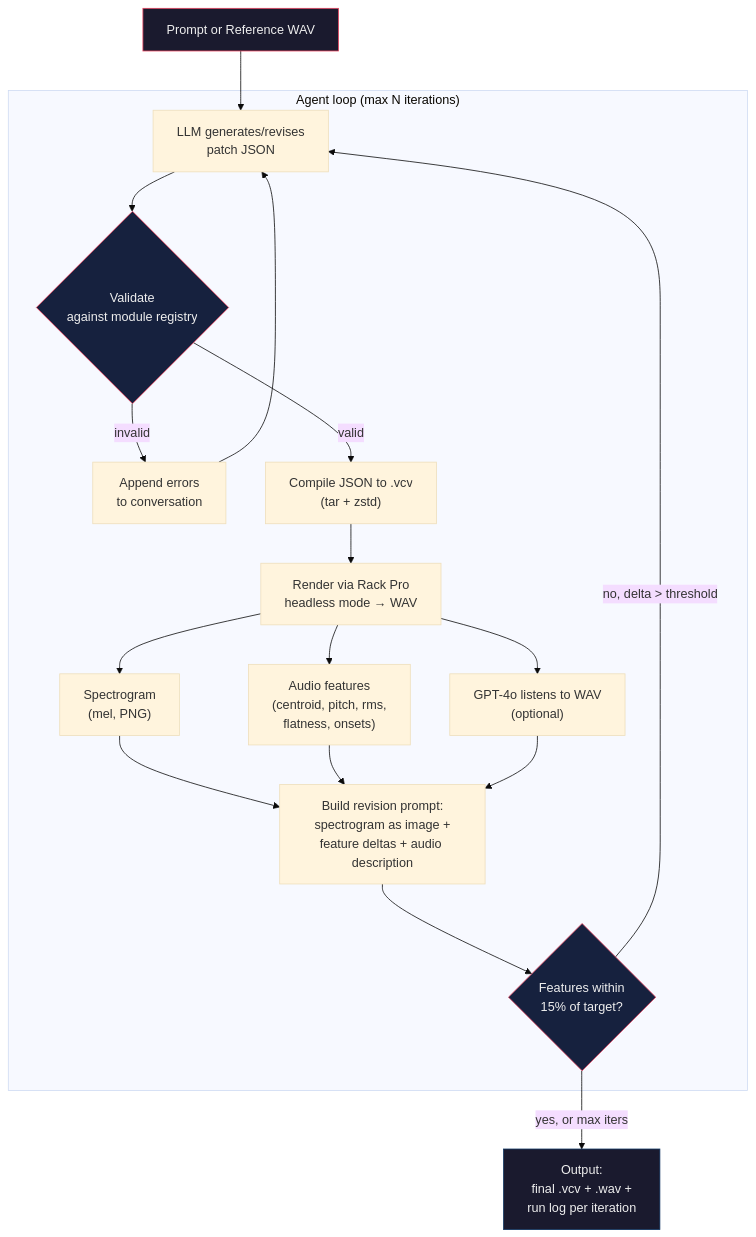
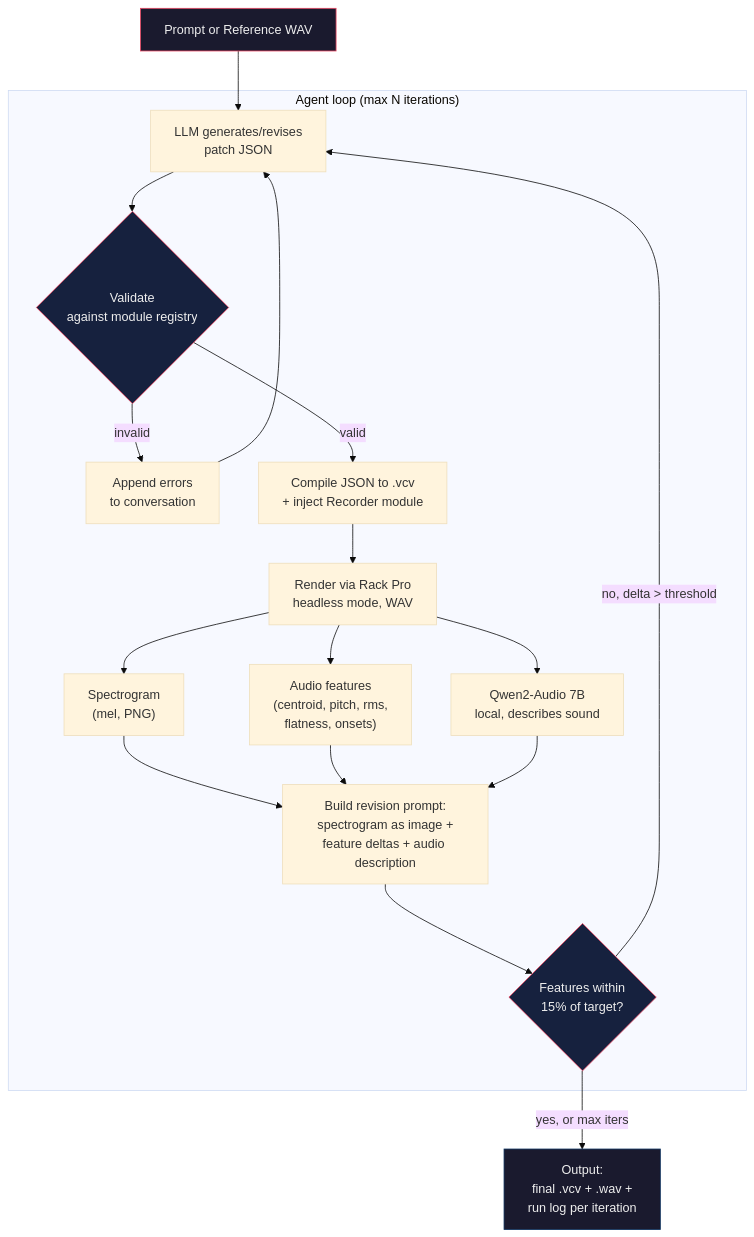
One commit to thisIsDanielJin/vcv-agent changed the first of 2 diagrams in README.md. Above: the diagram before and after it, drawn with Mermaid (base theme). The commit also changed other lines of this file and 6 other files, not shown here.

First line of the commit message:
feat: replace GPT-4o audio with local Qwen2-Audio 7B (MLX)

````diff
--- a/README.md
+++ b/README.md
@@ -10,25 +10,25 @@
 ```mermaid
 flowchart TD
     A["Prompt or Reference WAV"] --> B
 
     subgraph LOOP ["Agent loop (max N iterations)"]
         B["LLM generates/revises\npatch JSON"] --> C{"Validate\nagainst module registry"}
         C -- "invalid" --> D["Append errors\nto conversation"]
         D --> B
-        C -- "valid" --> E["Compile JSON to .vcv\n(tar + zstd)"]
-        E --> F["Render via Rack Pro\nheadless mode → WAV"]
+        C -- "valid" --> E["Compile JSON to .vcv\n+ inject Recorder module"]
+        E --> F["Render via Rack Pro\nheadless mode, WAV"]
         F --> G["Spectrogram\n(mel, PNG)"]
         F --> H["Audio features\n(centroid, pitch, rms,\nflatness, onsets)"]
-        F --> I["GPT-4o listens to WAV\n(optional)"]
+        F --> I["Qwen2-Audio 7B\nlocal, describes sound"]
         G & H & I --> J["Build revision prompt:\nspectrogram as image +\nfeature deltas + audio description"]
         J --> K{"Features within\n15% of target?"}
         K -- "no, delta > threshold" --> B
     end
 
     K -- "yes, or max iters" --> M["Output:\nfinal .vcv + .wav +\nrun log per iteration"]
 
     style A fill:#1a1a2e,stroke:#e94560,color:#eee
     style M fill:#1a1a2e,stroke:#0f3460,color:#eee
     style K fill:#16213e,stroke:#e94560,color:#eee
     style C fill:#16213e,stroke:#e94560,color:#eee
 ```
````
